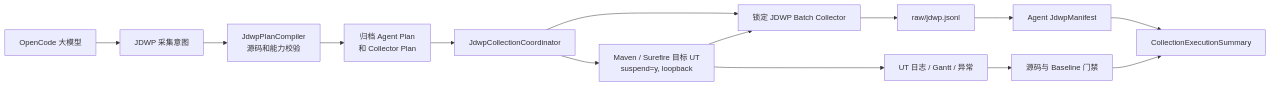
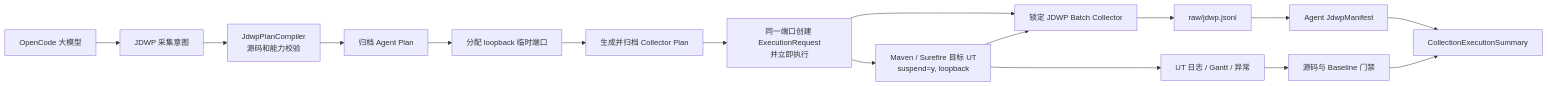
Before and after one commit to mh90901119-oss/algorithm-debug-agent: the first of 2 diagrams in docs/designs/2026-08-18-p3-jdwp-integration-design.md, drawn with Mermaid. The commit also changed other lines of this file and 18 other files, not shown here.

Commit message:
feat: coordinate jdwp target and collector

````diff
--- a/docs/designs/2026-08-18-p3-jdwp-integration-design.md
+++ b/docs/designs/2026-08-18-p3-jdwp-integration-design.md
@@ -78,16 +78,18 @@
 ```mermaid
 flowchart LR
     LLM["OpenCode 大模型"] --> REQ["JDWP 采集意图"]
     REQ --> COMP["JdwpPlanCompiler\n源码和能力校验"]
-    COMP --> PLAN["归档 Agent Plan\n和 Collector Plan"]
-    PLAN --> COORD["JdwpCollectionCoordinator"]
+    COMP --> APLAN["归档 Agent Plan"]
+    APLAN --> PORT["分配 loopback 临时端口"]
+    PORT --> CPLAN["生成并归档 Collector Plan"]
+    CPLAN --> COORD["同一端口创建 ExecutionRequest\n并立即执行"]
     COORD --> TARGET["Maven / Surefire 目标 UT\nsuspend=y, loopback"]
     COORD --> COLLECTOR["锁定 JDWP Batch Collector"]
     TARGET --> COLLECTOR
     COLLECTOR --> RAW["raw/jdwp.jsonl"]
     TARGET --> RESULT["UT 日志 / Gantt / 异常"]
     RAW --> MANIFEST["Agent JdwpManifest"]
     RESULT --> BASELINE["源码与 Baseline 门禁"]
     MANIFEST --> SUMMARY["CollectionExecutionSummary"]
     BASELINE --> SUMMARY
 ```
````
